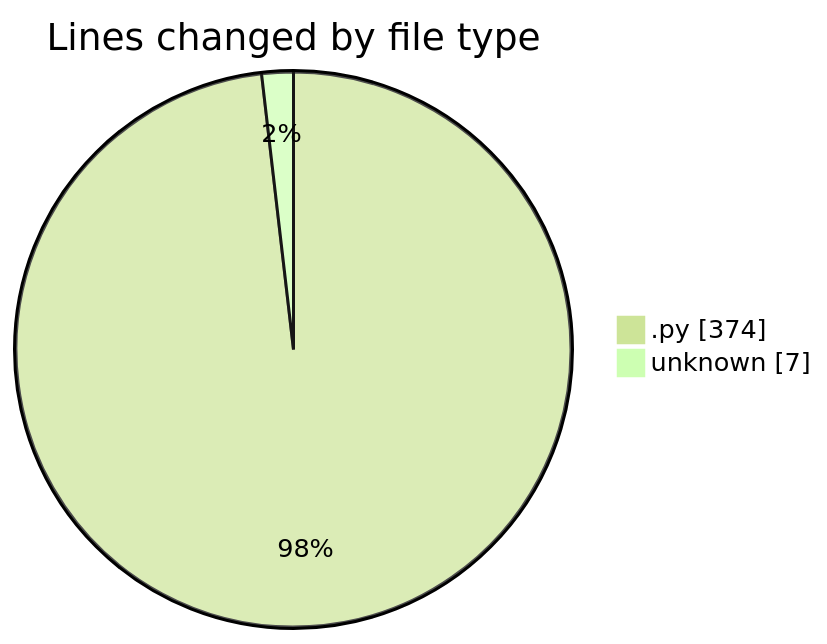
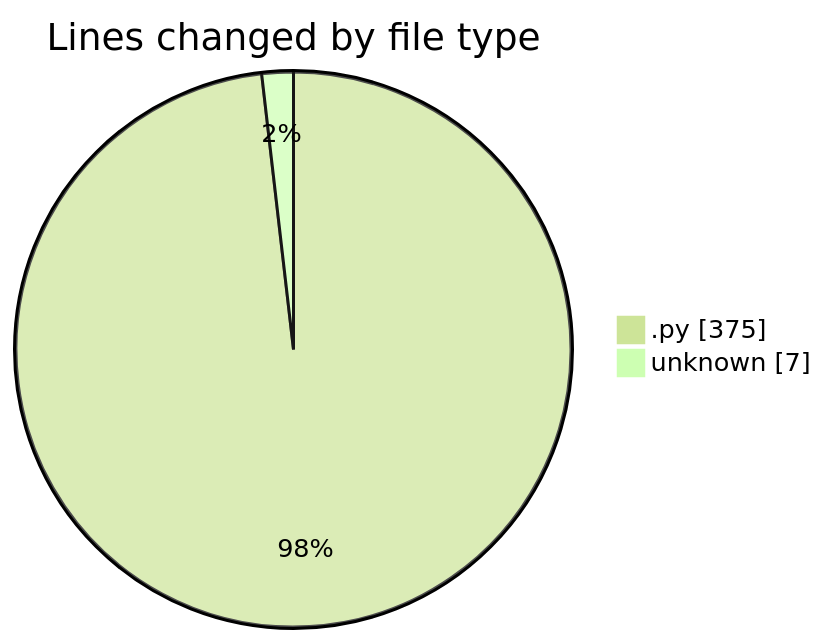
Before and after one commit to momahboobian/code-tracking: the first of 2 diagrams in 2026-09-21/video-downloader/README.md, drawn with Mermaid (forest theme). The commit also changed other lines of this file and 1 other file, not shown here.

````diff
--- a/2026-09-21/video-downloader/README.md
+++ b/2026-09-21/video-downloader/README.md
@@ -22,6 +22,6 @@
 ```mermaid
 pie showData
 title Lines changed by file type
-".py" : 374
+".py" : 375
 "unknown" : 7
 ```
````
